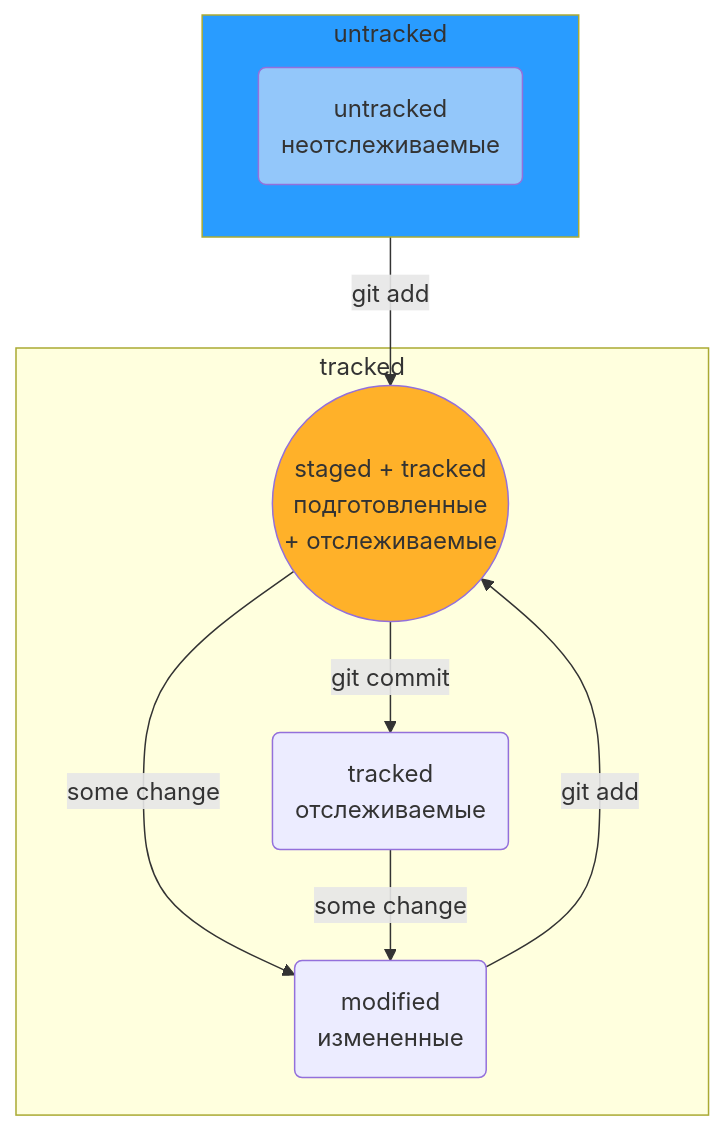
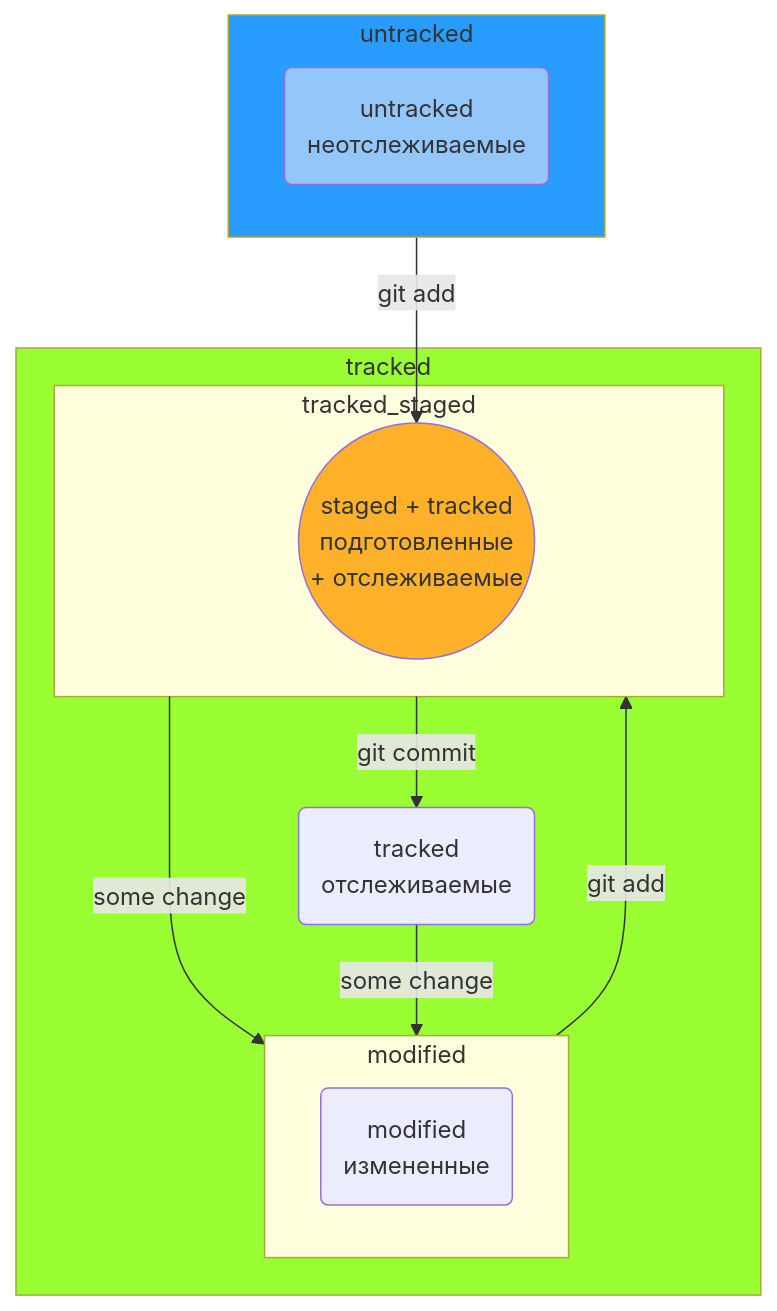
Before and after one commit to AleksandrVakarin/GitInstructionMermaid: the diagram in README.md, drawn with Mermaid. The commit also changed other lines of this file, not shown here.

````diff
--- a/README.md
+++ b/README.md
@@ -93,29 +93,39 @@
 ```mermaid
 flowchart TD;
 	
 	stgd((staged + tracked<br>подготовленные<br> + отслеживаемые))
 	mdf(modified<br>измененные)
 	untr(untracked<br>неотслеживаемые)
 	trcd(tracked<br>отслеживаемые)
 
 
 	
 
 	subgraph tracked
-		mdf-- git add --> stgd
-		stgd-- some change -->mdf
-		stgd -- git commit -->trcd
-		trcd-- some change -->mdf
+		subgraph modified
+			mdf
+		end
+
+		subgraph tracked_staged
+			stgd
+		end
+
+		modified-- git add --> tracked_staged
+		tracked_staged-- some change --> modified
+		tracked_staged-- git commit --> trcd
+		trcd-- some change -->modified
+
 	end
 
 
 	subgraph untracked
 		untr
 	end
 	
 	untracked-- git add -->stgd
 
 	style stgd fill: #FFB129
 	style untr fill: #93C7FA
 	style untracked fill: #299CFF
+	style tracked fill: #99FF33
 ```
````
